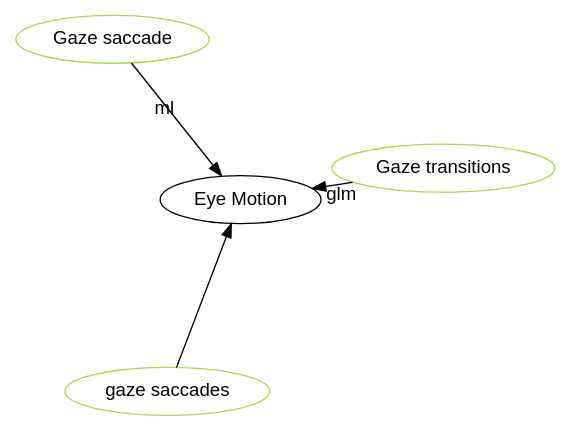
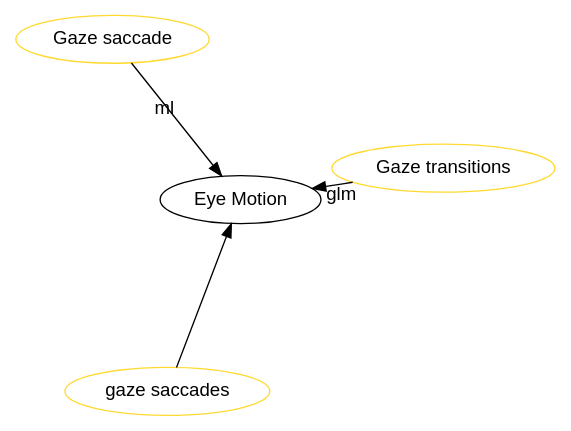
One commit to hgse-schneider/mmca changed the diagram in graphviz/Eye_Motion.gv. Above: the diagram before and after it, drawn with Graphviz. The commit also changed 168 other files, not shown here.

First line of the commit message:
resized the graphs

```diff
--- a/graphviz/Eye_Motion.gv
+++ b/graphviz/Eye_Motion.gv
@@ -1,20 +1,20 @@
 digraph world {
-        size="15,15";
+        size="10,10";
         layout=neato
         graph [fontname = "helvetica"];
         node [fontname = "helvetica", colorscheme=set28];
         edge [fontname = "helvetica", colorscheme=set28];
 
 	"Eye Motion" [href="index.svg"];
-	"Gaze transitions" [href="https://scholar.google.com/scholar?hl=en&q=Understanding%20collaborative%20program%20comprehension:%20Interlacing%20gaze%20and%20dialogues" target="_blank" , color="5"];
-	"gaze saccades" [href="https://scholar.google.com/scholar?hl=en&q=A%20Network%20Analytic%20Approach%20to%20Gaze%20Coordination%20during%20a%20Collaborative%20Task" target="_blank" , color="5"];
-	"Gaze saccade" [href="https://scholar.google.com/scholar?hl=en&q=Gaze%20quality%20assisted%20automatic%20recognition%20of%20social%20contexts%20in%20collaborative%20Tetris" target="_blank" , color="5"];
+	"Gaze transitions" [href="https://scholar.google.com/scholar?hl=en&q=Understanding%20collaborative%20program%20comprehension:%20Interlacing%20gaze%20and%20dialogues" target="_blank" , color="6"];
+	"gaze saccades" [href="https://scholar.google.com/scholar?hl=en&q=A%20Network%20Analytic%20Approach%20to%20Gaze%20Coordination%20during%20a%20Collaborative%20Task" target="_blank" , color="6"];
+	"Gaze saccade" [href="https://scholar.google.com/scholar?hl=en&q=Gaze%20quality%20assisted%20automatic%20recognition%20of%20social%20contexts%20in%20collaborative%20Tetris" target="_blank" , color="6"];
 	"Gaze transitions" -> "Eye Motion" [label="glm", labeltooltip=1, style="solid", penwidth=1];
 	"gaze saccades" -> "Eye Motion" [label="", labeltooltip=1, style="solid", penwidth=1];
 	"Gaze saccade" -> "Eye Motion" [label="ml", labeltooltip=1, style="solid", penwidth=1];
 
  overlap=false 
  splines = true; 
 
 
 }
```
